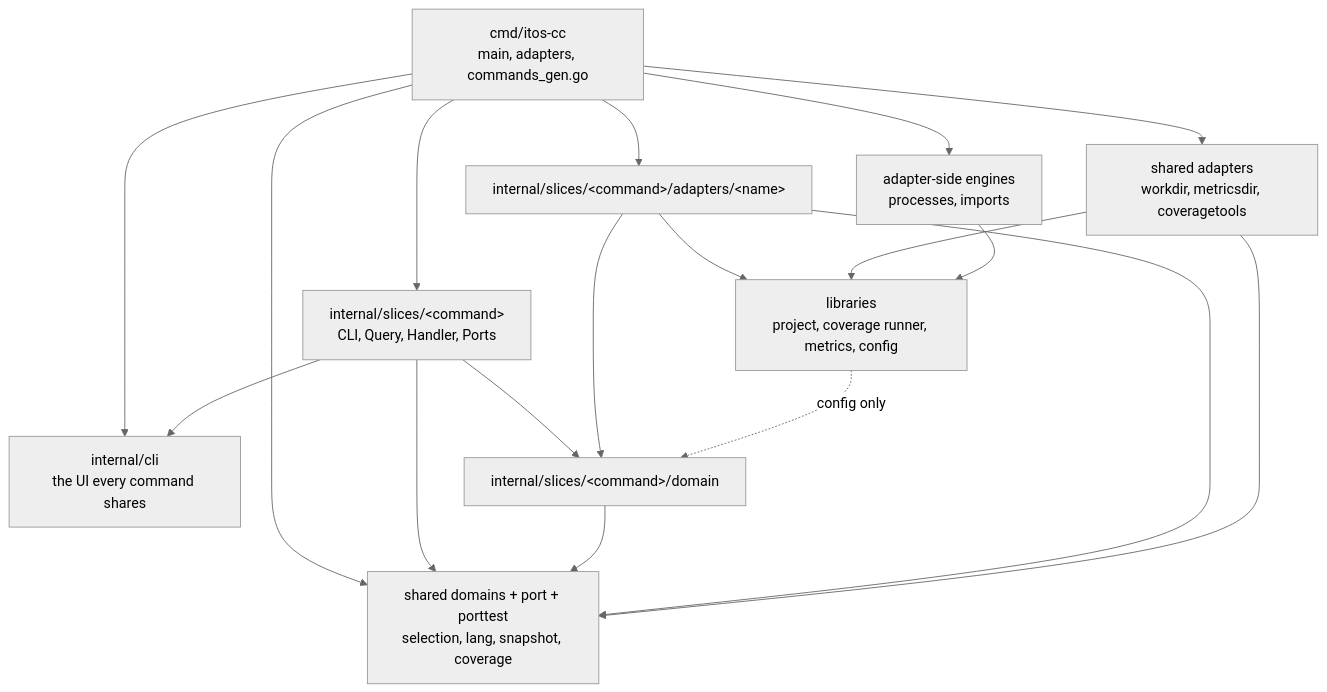
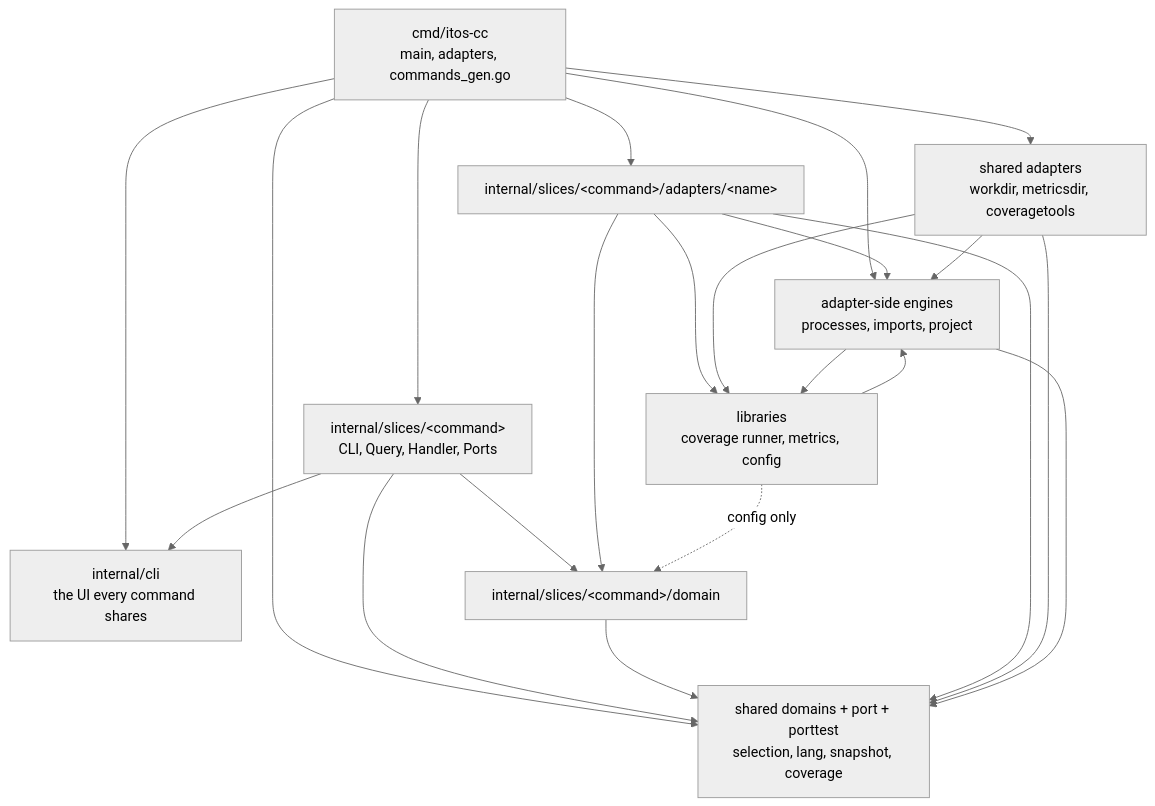
Before and after one commit to donvargax/itos-cc: the diagram in docs/architecture.md, drawn with Mermaid (neutral theme). The commit also changed other lines of this file and 78 other files, not shown here.

````diff
--- a/docs/architecture.md
+++ b/docs/architecture.md
@@ -20,19 +20,20 @@
 ```mermaid
 flowchart TD
   main["cmd/itos-cc<br/>main, adapters, commands_gen.go"]
   ui["internal/cli<br/>the UI every command shares"]
   slice["internal/slices/&lt;command&gt;<br/>CLI, Query, Handler, Ports"]
   sdom["internal/slices/&lt;command&gt;/domain"]
   sadp["internal/slices/&lt;command&gt;/adapters/&lt;name&gt;"]
   dom["shared domains + port + porttest<br/>selection, lang, snapshot, coverage"]
   adp["shared adapters<br/>workdir, metricsdir, coveragetools"]
-  eng["adapter-side engines<br/>processes, imports"]
-  lib["libraries<br/>project, coverage runner, metrics, config"]
+  eng["adapter-side engines<br/>processes, imports, project"]
+  lib["libraries<br/>coverage runner, metrics, config"]
   main --> ui & slice & sadp & adp & eng & dom
   slice --> ui & sdom & dom
   sdom --> dom
-  sadp --> sdom & dom & lib
-  adp --> dom & lib
-  eng --> lib
+  sadp --> sdom & dom & eng & lib
+  adp --> dom & eng & lib
+  eng --> dom & lib
+  lib --> eng
   lib -.->|"config only"| sdom
 ```
````
